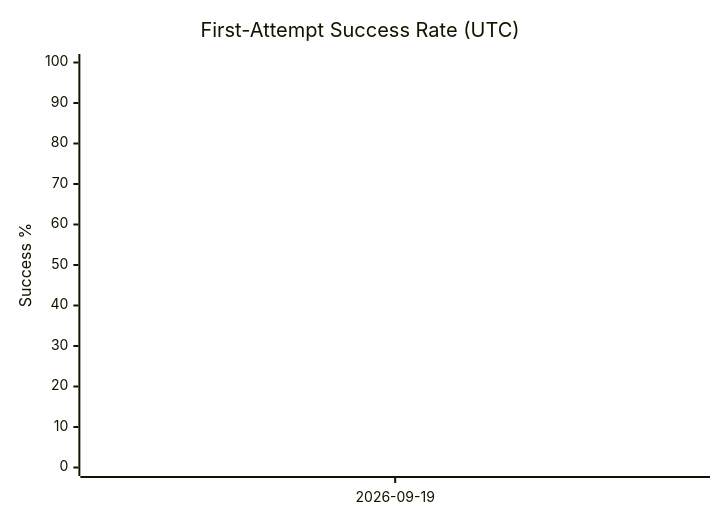
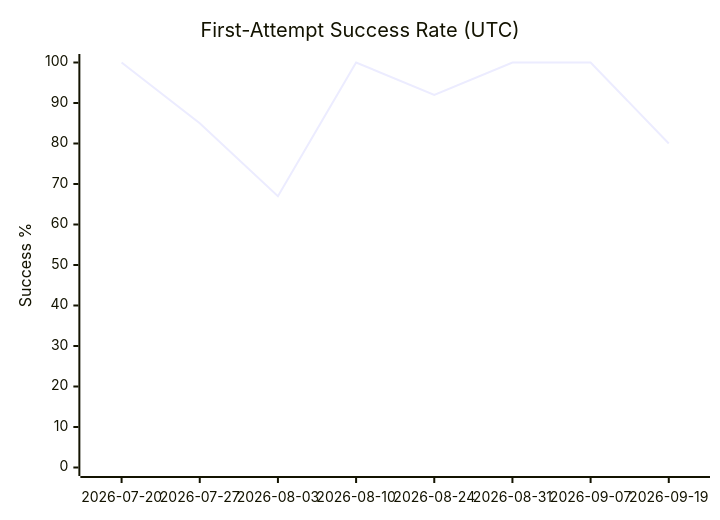
Before and after one commit to Sanctum-Origo-Systems/patina: the first of 3 diagrams in EVAL.md, drawn with Mermaid. The commit also changed other lines of this file and 1 other file, not shown here.

````diff
--- a/EVAL.md
+++ b/EVAL.md
@@ -27,7 +34,7 @@
 ```mermaid
 xychart-beta
     title "First-Attempt Success Rate (UTC)"
-    x-axis ["2026-09-19"]
+    x-axis ["2026-07-20", "2026-07-27", "2026-08-03", "2026-08-10", "2026-08-24", "2026-08-31", "2026-09-07", "2026-09-19"]
     y-axis "Success %" 0 --> 100
-    line [80]
+    line [100, 85, 67, 100, 92, 100, 100, 80]
 ```
````
